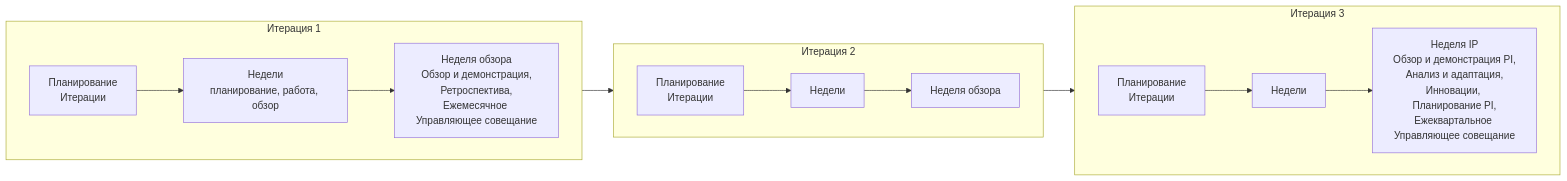
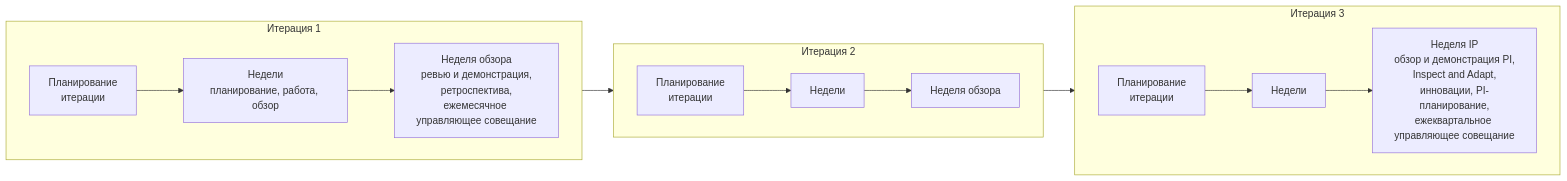
Before and after one commit to devhogu/ob-aicc: the diagram in portal/content/ru/delivery/the-cadence.md, drawn with Mermaid. The commit also changed other lines of this file and 21 other files, not shown here.

````diff
--- a/portal/content/ru/delivery/the-cadence.md
+++ b/portal/content/ru/delivery/the-cadence.md
@@ -27,16 +27,16 @@
 ```mermaid
 flowchart LR
   subgraph I1["Итерация 1"]
     direction LR
-    P1["Планирование<br/>Итерации"] --> W1["Недели<br/>планирование, работа, обзор"] --> R1["Неделя обзора<br/>Обзор и демонстрация,<br/>Ретроспектива,<br/>Ежемесячное Управляющее совещание"]
+    P1["Планирование<br/>итерации"] --> W1["Недели<br/>планирование, работа, обзор"] --> R1["Неделя обзора<br/>ревью и демонстрация,<br/>ретроспектива,<br/>ежемесячное управляющее совещание"]
   end
   subgraph I2["Итерация 2"]
     direction LR
-    P2["Планирование<br/>Итерации"] --> W2["Недели"] --> R2["Неделя обзора"]
+    P2["Планирование<br/>итерации"] --> W2["Недели"] --> R2["Неделя обзора"]
   end
   subgraph I3["Итерация 3"]
     direction LR
-    P3["Планирование<br/>Итерации"] --> W3["Недели"] --> IP["Неделя IP<br/>Обзор и демонстрация PI,<br/>Анализ и адаптация,<br/>Инновации, Планирование PI,<br/>Ежеквартальное Управляющее совещание"]
+    P3["Планирование<br/>итерации"] --> W3["Недели"] --> IP["Неделя IP<br/>обзор и демонстрация PI,<br/>Inspect and Adapt,<br/>инновации, PI-планирование,<br/>ежеквартальное управляющее совещание"]
   end
   I1 --> I2 --> I3
 ```
````
